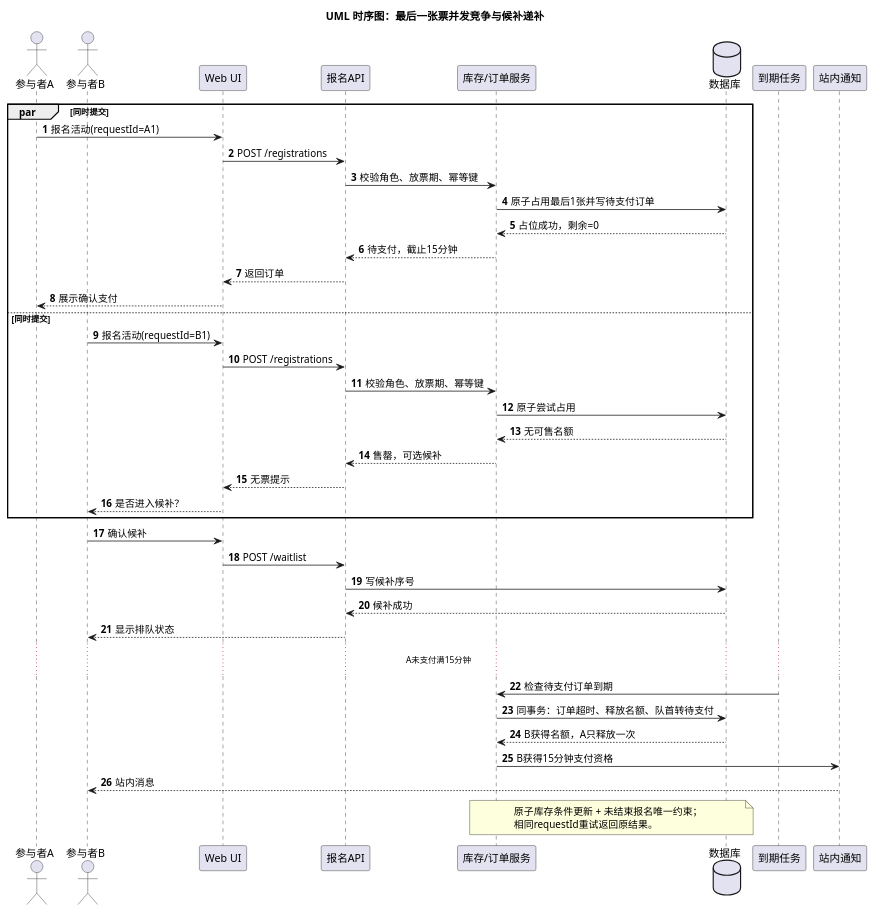
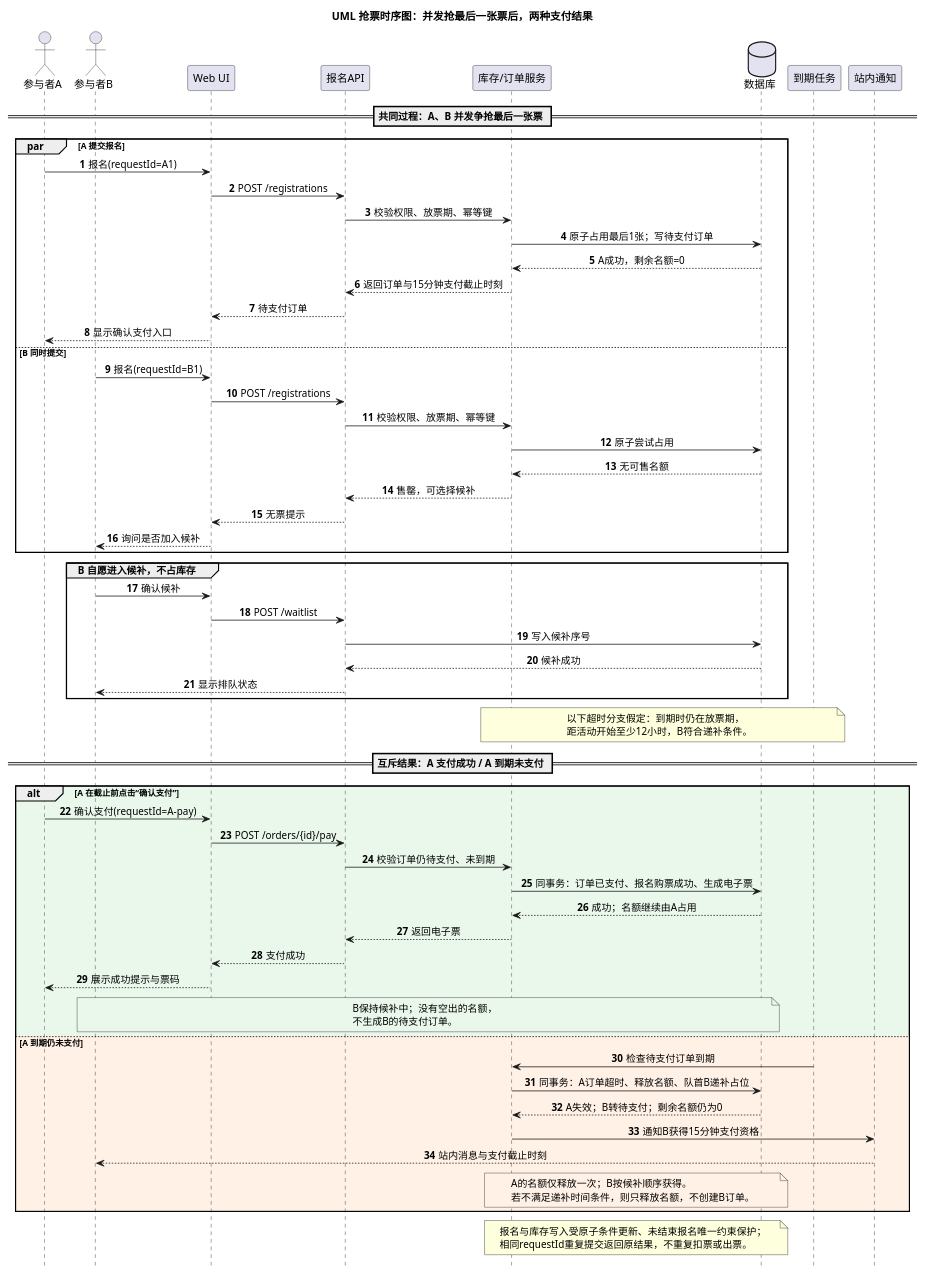
Before and after one commit to bw-oeiX/2026Fall-SE: the diagram in lab2/UML/UML抢票时序图.puml, drawn with PlantUML. The commit also changed 27 other files, not shown here.

```diff
--- a/lab2/UML/UML抢票时序图.puml
+++ b/lab2/UML/UML抢票时序图.puml
@@ -1,52 +1,83 @@
 @startuml
-title UML 时序图：最后一张票并发竞争与候补递补
+title UML 抢票时序图：并发抢最后一张票后，两种支付结果
 skinparam defaultFontName Microsoft YaHei
 skinparam shadowing false
 skinparam backgroundColor #FFFFFF
+skinparam sequenceMessageAlign center
+hide footbox
 autonumber
 
 actor "参与者A" as A
 actor "参与者B" as B
 participant "Web UI" as UI
 participant "报名API" as API
 participant "库存/订单服务" as S
 database "数据库" as DB
 participant "到期任务" as Job
 participant "站内通知" as N
 
-par 同时提交
-  A -> UI : 报名活动(requestId=A1)
+== 共同过程：A、B 并发争抢最后一张票 ==
+par A 提交报名
+  A -> UI : 报名(requestId=A1)
   UI -> API : POST /registrations
-  API -> S : 校验角色、放票期、幂等键
-  S -> DB : 原子占用最后1张并写待支付订单
-  DB --> S : 占位成功，剩余=0
-  S --> API : 待支付，截止15分钟
-  API --> UI : 返回订单
-  UI --> A : 展示确认支付
-else 同时提交
-  B -> UI : 报名活动(requestId=B1)
+  API -> S : 校验权限、放票期、幂等键
+  S -> DB : 原子占用最后1张；写待支付订单
+  DB --> S : A成功，剩余名额=0
+  S --> API : 返回订单与15分钟支付截止时刻
+  API --> UI : 待支付订单
+  UI --> A : 显示确认支付入口
+else B 同时提交
+  B -> UI : 报名(requestId=B1)
   UI -> API : POST /registrations
-  API -> S : 校验角色、放票期、幂等键
+  API -> S : 校验权限、放票期、幂等键
   S -> DB : 原子尝试占用
   DB --> S : 无可售名额
-  S --> API : 售罄，可选候补
+  S --> API : 售罄，可选择候补
   API --> UI : 无票提示
-  UI --> B : 是否进入候补？
+  UI --> B : 询问是否加入候补
 end
-B -> UI : 确认候补
-UI -> API : POST /waitlist
-API -> DB : 写候补序号
-DB --> API : 候补成功
-API --> B : 显示排队状态
 
-... A未支付满15分钟 ...
-Job -> S : 检查待支付订单到期
-S -> DB : 同事务：订单超时、释放名额、队首转待支付
-DB --> S : B获得名额，A只释放一次
-S -> N : B获得15分钟支付资格
-N --> B : 站内消息
+group B 自愿进入候补，不占库存
+  B -> UI : 确认候补
+  UI -> API : POST /waitlist
+  API -> DB : 写入候补序号
+  DB --> API : 候补成功
+  API --> B : 显示排队状态
+end
+
+note over S,Job
+  以下超时分支假定：到期时仍在放票期，
+  距活动开始至少12小时，B符合递补条件。
+end note
+
+== 互斥结果：A 支付成功 / A 到期未支付 ==
+alt #EAF7EB A 在截止前点击“确认支付”
+  A -> UI : 确认支付(requestId=A-pay)
+  UI -> API : POST /orders/{id}/pay
+  API -> S : 校验订单仍待支付、未到期
+  S -> DB : 同事务：订单已支付、报名购票成功、生成电子票
+  DB --> S : 成功；名额继续由A占用
+  S --> API : 返回电子票
+  API --> UI : 支付成功
+  UI --> A : 展示成功提示与票码
+  note over B,DB #EAF7EB
+    B保持候补中；没有空出的名额，
+    不生成B的待支付订单。
+  end note
+else #FFF1E6 A 到期仍未支付
+  Job -> S : 检查待支付订单到期
+  S -> DB : 同事务：A订单超时、释放名额、队首B递补占位
+  DB --> S : A失效；B转待支付；剩余名额仍为0
+  S -> N : 通知B获得15分钟支付资格
+  N --> B : 站内消息与支付截止时刻
+  note over S,DB #FFF1E6
+    A的名额仅释放一次；B按候补顺序获得。
+    若不满足递补时间条件，则只释放名额，不创建B订单。
+  end note
+end
+
 note over S,DB
-  原子库存条件更新 + 未结束报名唯一约束；
-  相同requestId重试返回原结果。
+  报名与库存写入受原子条件更新、未结束报名唯一约束保护；
+  相同requestId重复提交返回原结果，不重复扣票或出票。
 end note
 @enduml
```
